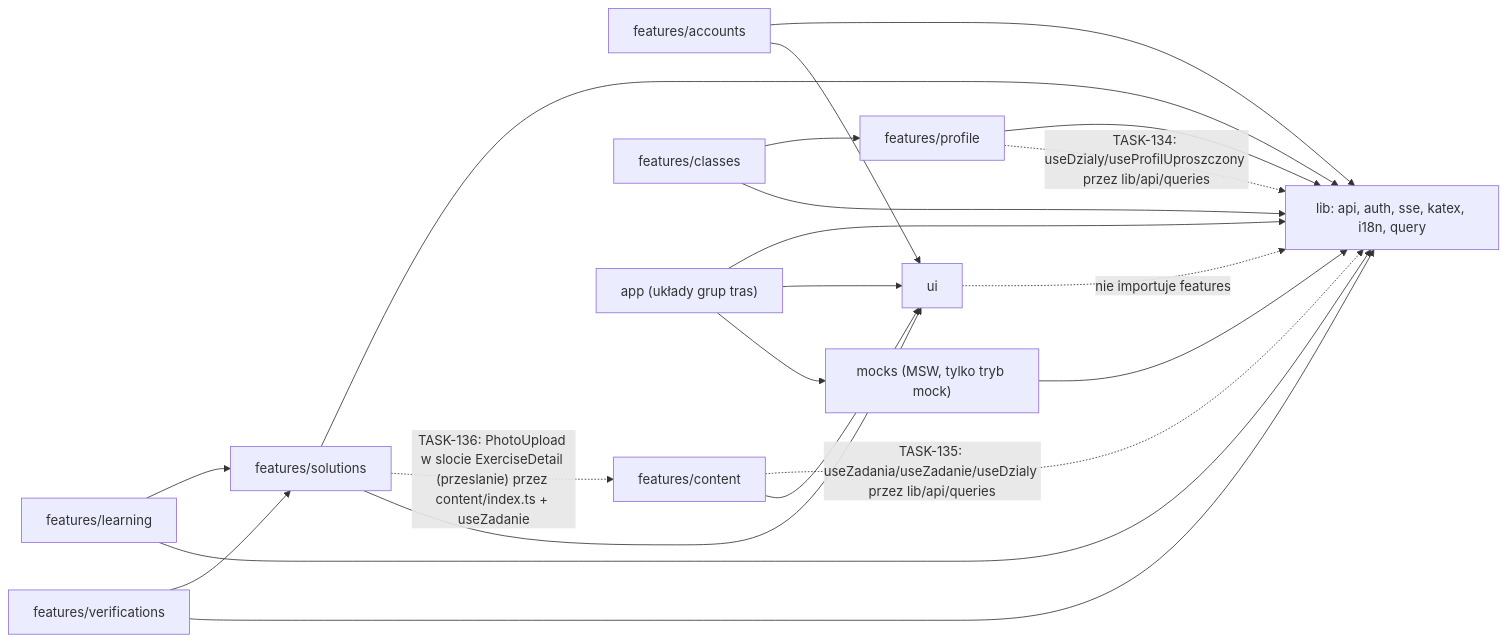
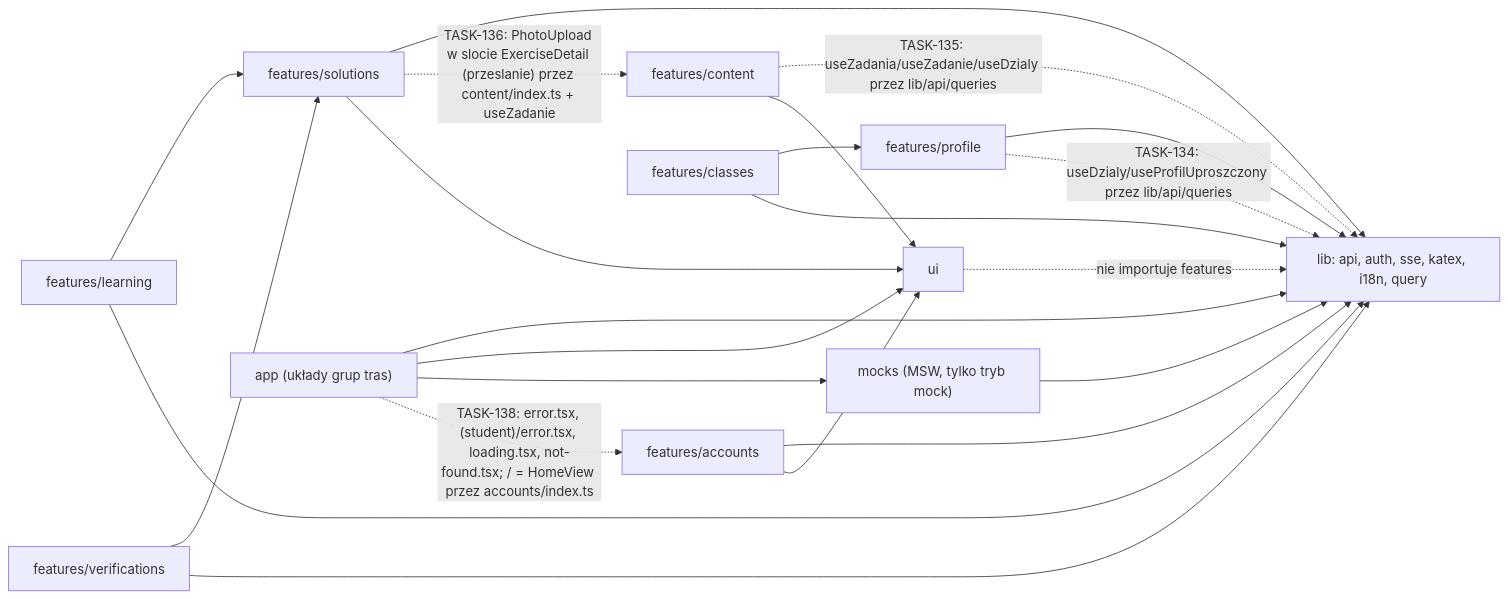
The fourth of 4 diagrams in docs/CODEBASE_MAP.md (misterekkk/lemat), drawn with Mermaid before and after one commit. The commit also changed other lines of this file and 20 other files, not shown here.

First line of the commit message:
feat(TASK-138): mock/real API switch, home page, error boundaries and navigation polish + updated codebase map & handoff

````diff
--- a/docs/CODEBASE_MAP.md
+++ b/docs/CODEBASE_MAP.md
@@ -272,34 +272,35 @@
 ```mermaid
 flowchart LR
     ACC["features/accounts"]
     LRN["features/learning"]
     SOL["features/solutions"]
     PRF["features/profile"]
     CNT["features/content"]
     CLS["features/classes"]
     VER["features/verifications"]
     LIB["lib: api, auth, sse, katex, i18n, query"]
     MCK["mocks (MSW, tylko tryb mock)"]
     UI["ui"]
     APP["app (układy grup tras)"]
     APP --> LIB
     APP --> UI
     APP --> MCK
+    APP -. "TASK-138: error.tsx, (student)/error.tsx, loading.tsx, not-found.tsx; / = HomeView przez accounts/index.ts" .-> ACC
     MCK --> LIB
     LRN --> SOL
     CLS --> PRF
     VER --> SOL
     ACC --> LIB
     LRN --> LIB
     SOL --> LIB
     PRF --> LIB
     ACC --> UI
     PRF -. "TASK-134: useDzialy/useProfilUproszczony przez lib/api/queries" .-> LIB
     CNT -. "TASK-135: useZadania/useZadanie/useDzialy przez lib/api/queries" .-> LIB
     CNT --> UI
     SOL -. "TASK-136: PhotoUpload w slocie ExerciseDetail (przeslanie) przez content/index.ts + useZadanie" .-> CNT
     CLS --> LIB
     VER --> LIB
     SOL --> UI
     UI -. "nie importuje features" .-> LIB
 ```
````
